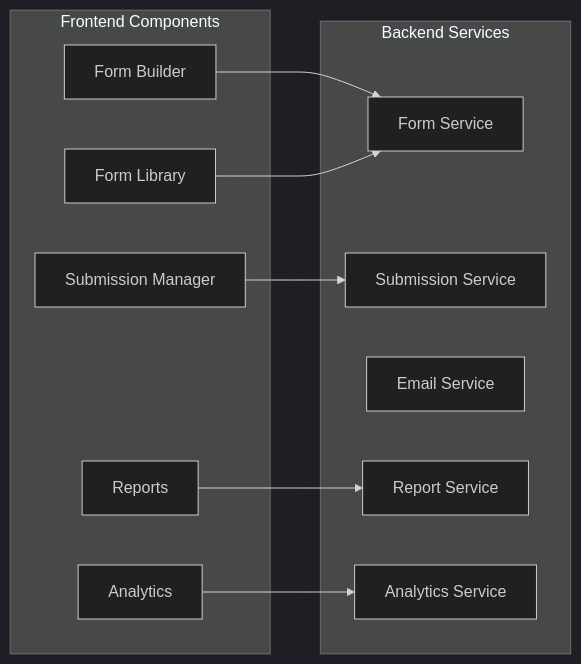
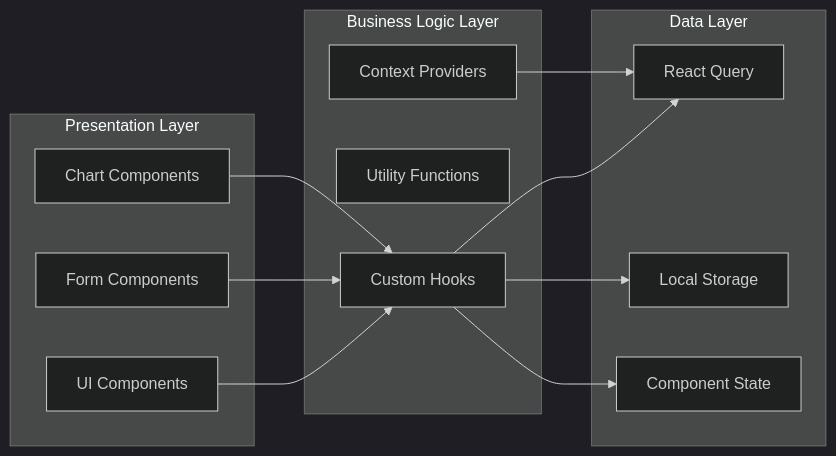
The second of 3 diagrams in Resources/SRS_DOCUMENT.md (solidrange/solidrange-form-flow), drawn with Mermaid (dark theme) before and after one commit. The commit also changed other lines of this file and 6 other files, not shown here.

````diff
--- a/Resources/SRS_DOCUMENT.md
+++ b/Resources/SRS_DOCUMENT.md
@@ -285,24 +509,28 @@
 ```mermaid
 graph LR
-    subgraph "Frontend Components"
-        FB[Form Builder]
-        FL[Form Library]
-        SM[Submission Manager]
-        RP[Reports]
-        AN[Analytics]
+    subgraph "Presentation Layer"
+        UI[UI Components]
+        FORMS[Form Components]
+        CHARTS[Chart Components]
     end
     
-    subgraph "Backend Services"
-        FS[Form Service]
-        SS[Submission Service]
-        ES[Email Service]
-        RS[Report Service]
-        AS[Analytics Service]
+    subgraph "Business Logic Layer"
+        HOOKS[Custom Hooks]
+        UTILS[Utility Functions]
+        CONTEXT[Context Providers]
     end
     
-    FB --> FS
-    FL --> FS
-    SM --> SS
-    RP --> RS
-    AN --> AS
+    subgraph "Data Layer"
+        QUERY[React Query]
+        LOCAL[Local Storage]
+        STATE[Component State]
+    end
+    
+    UI --> HOOKS
+    FORMS --> HOOKS
+    CHARTS --> HOOKS
+    HOOKS --> QUERY
+    HOOKS --> LOCAL
+    HOOKS --> STATE
+    CONTEXT --> QUERY
 ```
````
